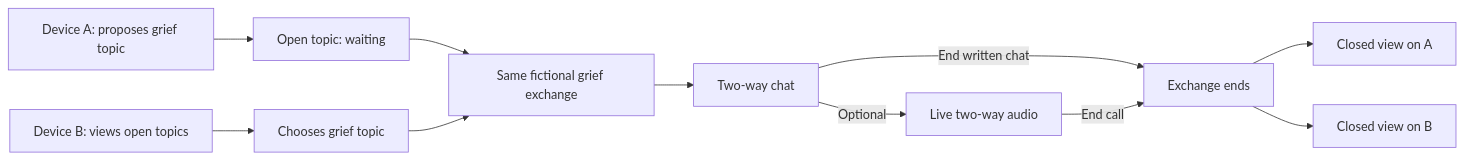
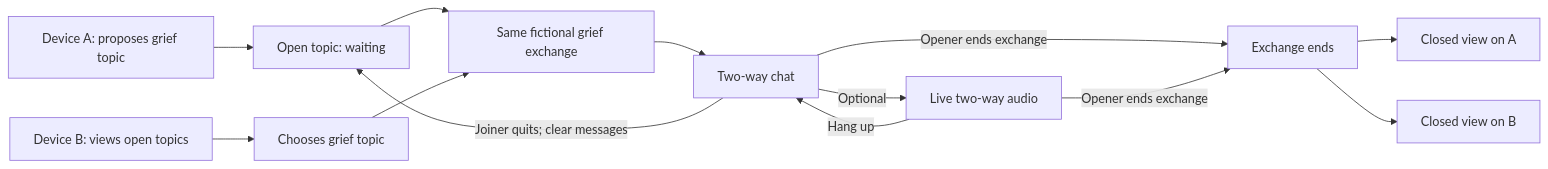
Before and after one commit to StephenGodard/between-us: the diagram in docs/context/experience-context/user-flows.md, drawn with Mermaid. The commit also changed other lines of this file and 20 other files, not shown here.

````diff
--- a/docs/context/experience-context/user-flows.md
+++ b/docs/context/experience-context/user-flows.md
@@ -40,13 +40,15 @@
 ```mermaid
 flowchart LR
     A[Device A: proposes grief topic] --> W[Open topic: waiting]
     B[Device B: views open topics] --> S[Chooses grief topic]
     W --> J[Same fictional grief exchange]
     S --> J
     J --> C[Two-way chat]
     C -->|Optional| V[Live two-way audio]
-    C -->|End written chat| E[Exchange ends]
-    V -->|End call| E
+    C -->|Opener ends exchange| E[Exchange ends]
+    V -->|Opener ends exchange| E
+    V -->|Hang up| C
+    C -->|Joiner quits; clear messages| W
     E --> EA[Closed view on A]
     E --> EB[Closed view on B]
 ```
````
